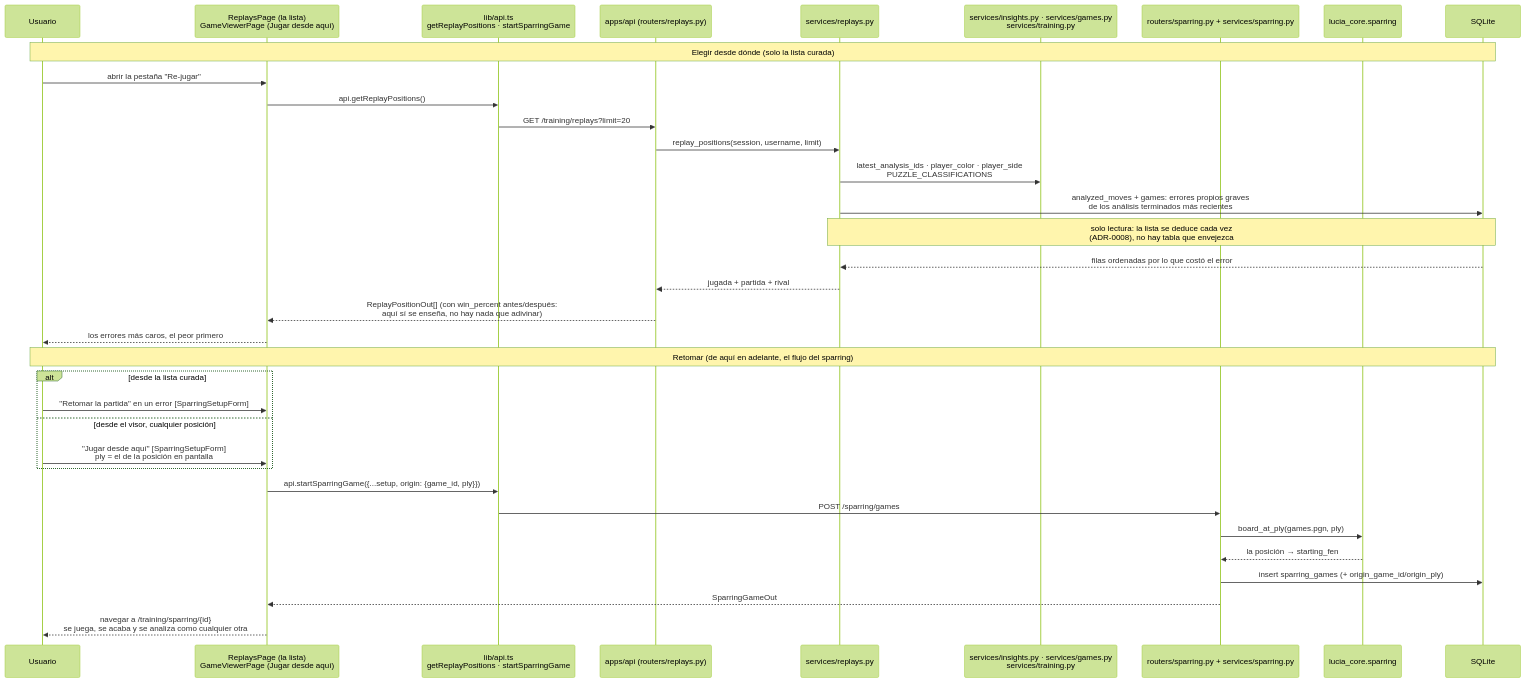
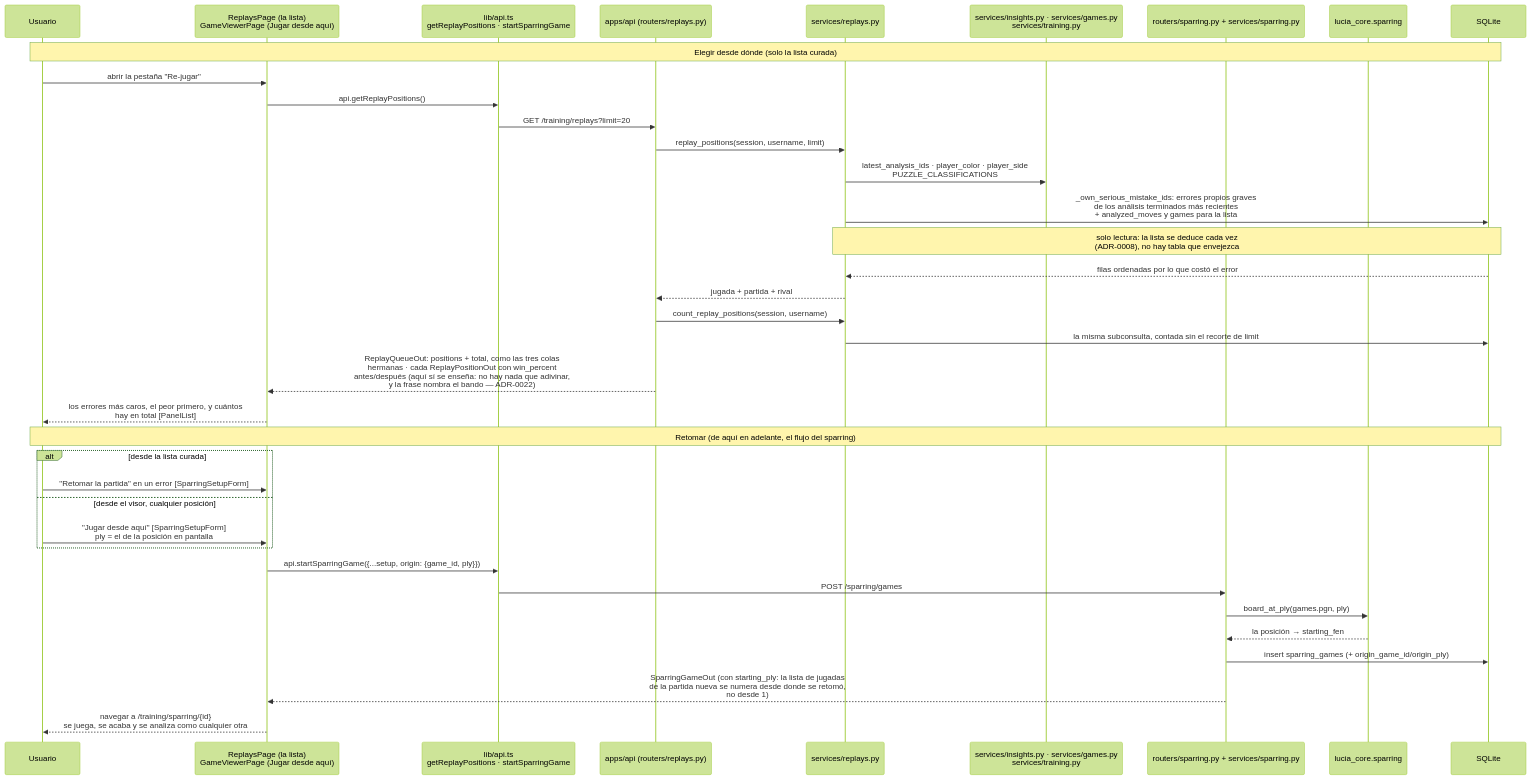
Before and after one commit to SirJsus/LUCIA: diagram 20 of 21 in docs/06-mapa-del-proyecto.md, drawn with Mermaid (forest theme). The commit also changed other lines of this file and 50 other files, not shown here.

````diff
--- a/docs/06-mapa-del-proyecto.md
+++ b/docs/06-mapa-del-proyecto.md
@@ -1675,39 +1731,41 @@
 ```mermaid
 sequenceDiagram
     participant U as Usuario
     participant RP as ReplaysPage (la lista)<br/>GameViewerPage (Jugar desde aquí)
     participant AP as lib/api.ts<br/>getReplayPositions · startSparringGame
     participant R as apps/api (routers/replays.py)
     participant SR as services/replays.py
     participant SI as services/insights.py · services/games.py<br/>services/training.py
     participant SP as routers/sparring.py + services/sparring.py
     participant CS as lucia_core.sparring
     participant DB as SQLite
 
     Note over U,DB: Elegir desde dónde (solo la lista curada)
     U->>RP: abrir la pestaña "Re-jugar"
     RP->>AP: api.getReplayPositions()
     AP->>R: GET /training/replays?limit=20
     R->>SR: replay_positions(session, username, limit)
     SR->>SI: latest_analysis_ids · player_color · player_side<br/>PUZZLE_CLASSIFICATIONS
-    SR->>DB: analyzed_moves + games: errores propios graves<br/>de los análisis terminados más recientes
+    SR->>DB: _own_serious_mistake_ids: errores propios graves<br/>de los análisis terminados más recientes<br/>+ analyzed_moves y games para la lista
     Note over SR,DB: solo lectura: la lista se deduce cada vez<br/>(ADR-0008), no hay tabla que envejezca
     DB-->>SR: filas ordenadas por lo que costó el error
     SR-->>R: jugada + partida + rival
-    R-->>RP: ReplayPositionOut[] (con win_percent antes/después:<br/>aquí sí se enseña, no hay nada que adivinar)
-    RP-->>U: los errores más caros, el peor primero
+    R->>SR: count_replay_positions(session, username)
+    SR->>DB: la misma subconsulta, contada sin el recorte de limit
+    R-->>RP: ReplayQueueOut: positions + total, como las tres colas<br/>hermanas · cada ReplayPositionOut con win_percent<br/>antes/después (aquí sí se enseña: no hay nada que adivinar,<br/>y la frase nombra el bando — ADR-0022)
+    RP-->>U: los errores más caros, el peor primero, y cuántos<br/>hay en total [PanelList]
 
     Note over U,DB: Retomar (de aquí en adelante, el flujo del sparring)
     alt desde la lista curada
         U->>RP: "Retomar la partida" en un error [SparringSetupForm]
     else desde el visor, cualquier posición
         U->>RP: "Jugar desde aquí" [SparringSetupForm]<br/>ply = el de la posición en pantalla
     end
     RP->>AP: api.startSparringGame({...setup, origin: {game_id, ply}})
     AP->>SP: POST /sparring/games
     SP->>CS: board_at_ply(games.pgn, ply)
     CS-->>SP: la posición → starting_fen
     SP->>DB: insert sparring_games (+ origin_game_id/origin_ply)
-    SP-->>RP: SparringGameOut
+    SP-->>RP: SparringGameOut (con starting_ply: la lista de jugadas<br/>de la partida nueva se numera desde donde se retomó,<br/>no desde 1)
     RP-->>U: navegar a /training/sparring/{id}<br/>se juega, se acaba y se analiza como cualquier otra
 ```
````
